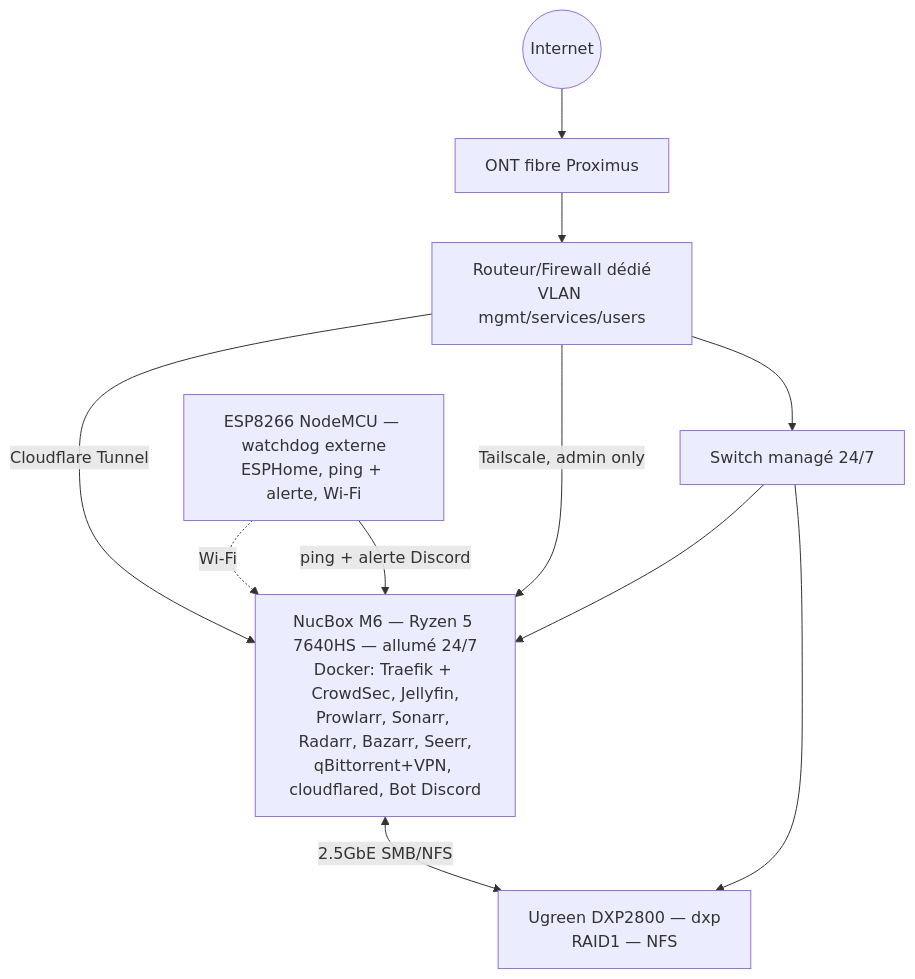
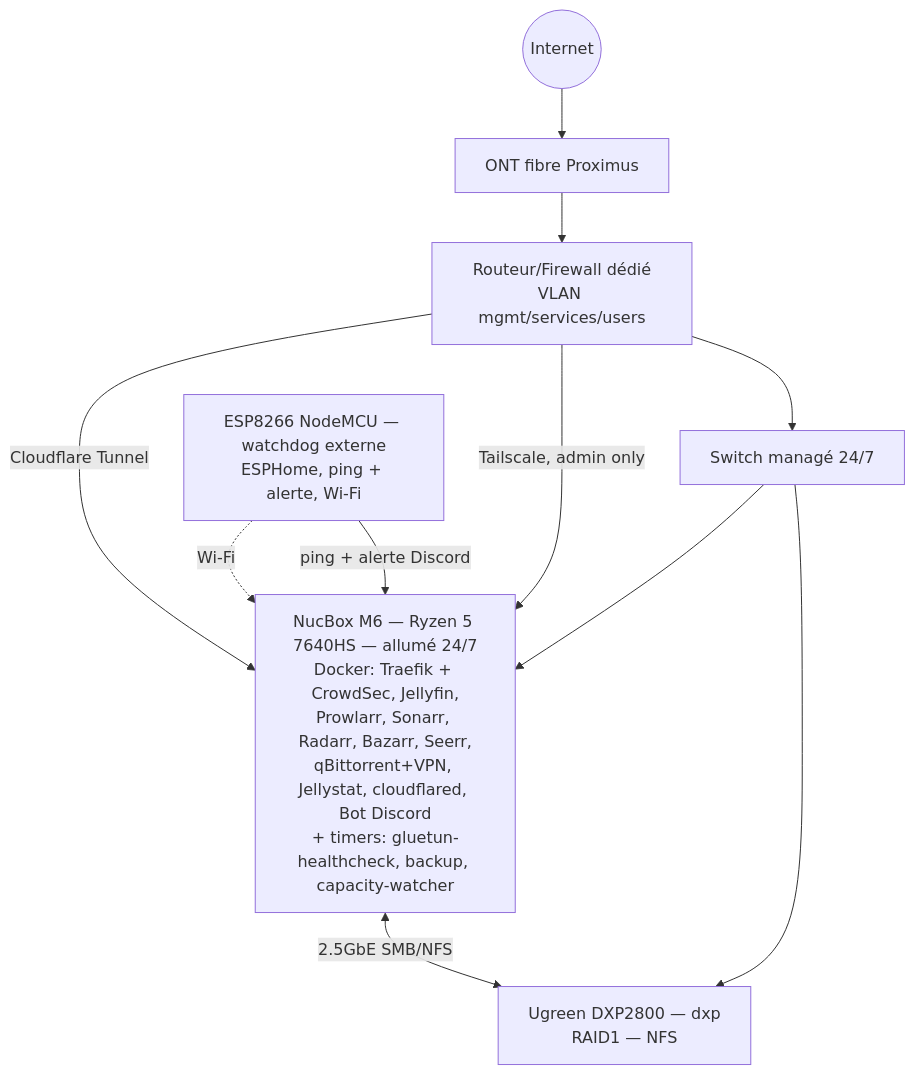
Before and after one commit to rvph10/blackbox: the diagram in README.md, drawn with Mermaid. The commit also changed other lines of this file and 12 other files, not shown here.

First line of the commit message:
feat: autorégulation capacité + bande passante — Jellystat + capacity-watcher (ADR-019)

````diff
--- a/README.md
+++ b/README.md
@@ -75,20 +84,20 @@
 ```mermaid
 flowchart TD
     Internet((Internet))
     ONT[ONT fibre Proximus]
     RTR[Routeur/Firewall dédié\nVLAN mgmt/services/users]
     SW[Switch managé 24/7]
-    NUC[NucBox M6 — Ryzen 5 7640HS — allumé 24/7\nDocker: Traefik + CrowdSec, Jellyfin,\nProwlarr, Sonarr, Radarr, Bazarr, Seerr,\nqBittorrent+VPN, cloudflared, Bot Discord]
+    NUC[NucBox M6 — Ryzen 5 7640HS — allumé 24/7\nDocker: Traefik + CrowdSec, Jellyfin,\nProwlarr, Sonarr, Radarr, Bazarr, Seerr,\nqBittorrent+VPN, Jellystat, cloudflared, Bot Discord\n+ timers: gluetun-healthcheck, backup, capacity-watcher]
     NAS[Ugreen DXP2800 — dxp\nRAID1 — NFS]
     ESP8266[ESP8266 NodeMCU — watchdog externe\nESPHome, ping + alerte, Wi-Fi]
 
     Internet --> ONT --> RTR
     RTR -- Cloudflare Tunnel --> NUC
     RTR -- Tailscale, admin only --> NUC
     RTR --> SW
     SW --> NUC
     SW --> NAS
     ESP8266 -. Wi-Fi .-> NUC
     NUC <-- 2.5GbE SMB/NFS --> NAS
     ESP8266 -- ping + alerte Discord --> NUC
 ```
````
